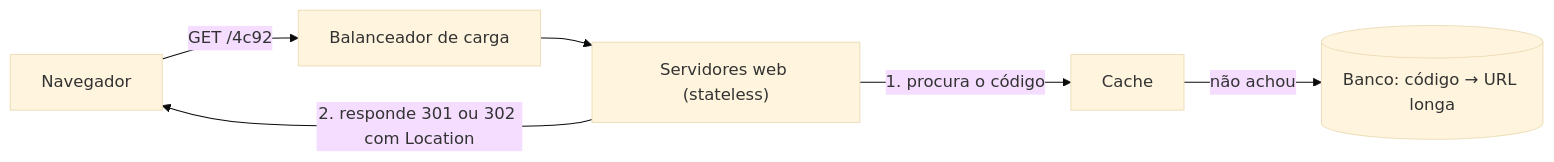
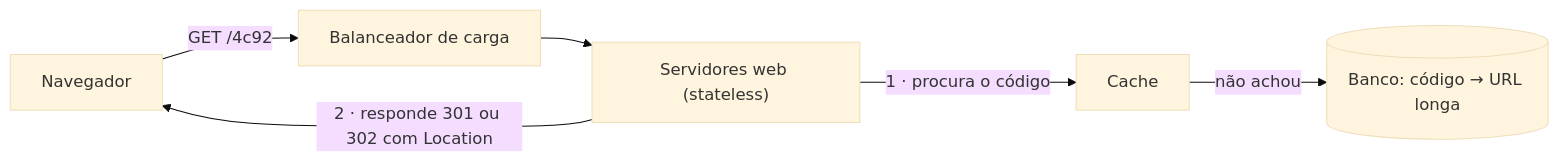
The first of 2 diagrams in content/pt-br/system-design/system-design-interview/problemas/05-encurtador-de-url.md (ogatalars/guia_software_engineering_teorico), drawn with Mermaid (base theme) before and after one commit. The commit also changed 12 other files, not shown here.

First line of the commit message:
fix(content): corrige diagramas Mermaid com rótulos iniciados por 'N.'

````diff
--- a/content/pt-br/system-design/system-design-interview/problemas/05-encurtador-de-url.md
+++ b/content/pt-br/system-design/system-design-interview/problemas/05-encurtador-de-url.md
@@ -43,8 +43,8 @@
 ```mermaid
 flowchart LR
     U["Navegador"] -->|"GET /4c92"| LB["Balanceador de carga"]
     LB --> W["Servidores web (stateless)"]
-    W -->|"1. procura o código"| C["Cache"]
+    W -->|"1 · procura o código"| C["Cache"]
     C -->|"não achou"| DB[("Banco: código → URL longa")]
-    W -->|"2. responde 301 ou 302 com Location"| U
+    W -->|"2 · responde 301 ou 302 com Location"| U
 ```
````
